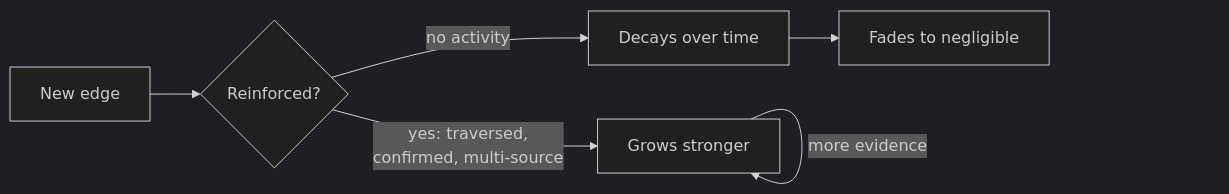
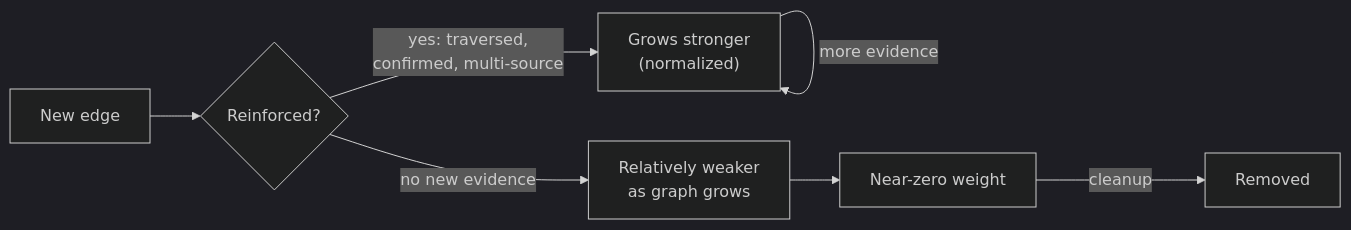
One commit to nrgforge/plexus changed the sixth of 8 diagrams in docs/semantic-adapters.md. Above: the diagram before and after it, drawn with Mermaid (dark theme). The commit also changed other lines of this file and 1 other file, not shown here.

````diff
--- a/docs/semantic-adapters.md
+++ b/docs/semantic-adapters.md
@@ -153,10 +155,13 @@
 ```mermaid
 flowchart LR
     New["New edge"] --> Used{"Reinforced?"}
     Used -->|"yes: traversed,
-    confirmed, multi-source"| Stronger["Grows stronger"]
-    Used -->|"no activity"| Weaker["Decays over time"]
-    Weaker --> Gone["Fades to negligible"]
+    confirmed, multi-source"| Stronger["Grows stronger
+    (normalized)"]
+    Used -->|"no new evidence"| Weaker["Relatively weaker
+    as graph grows"]
+    Weaker --> Negligible["Near-zero weight"]
     Stronger -->|"more evidence"| Stronger
+    Negligible -->|"cleanup"| Gone["Removed"]
 
 ```
````
